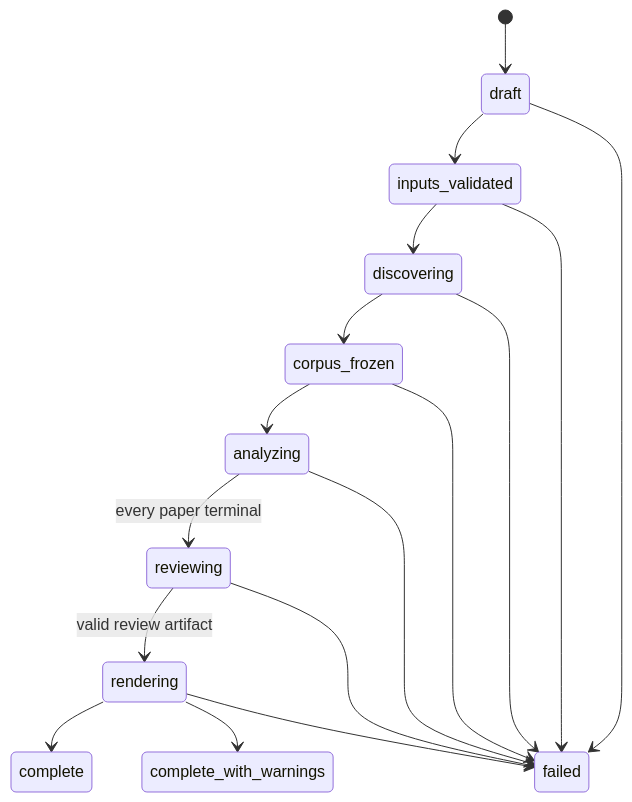
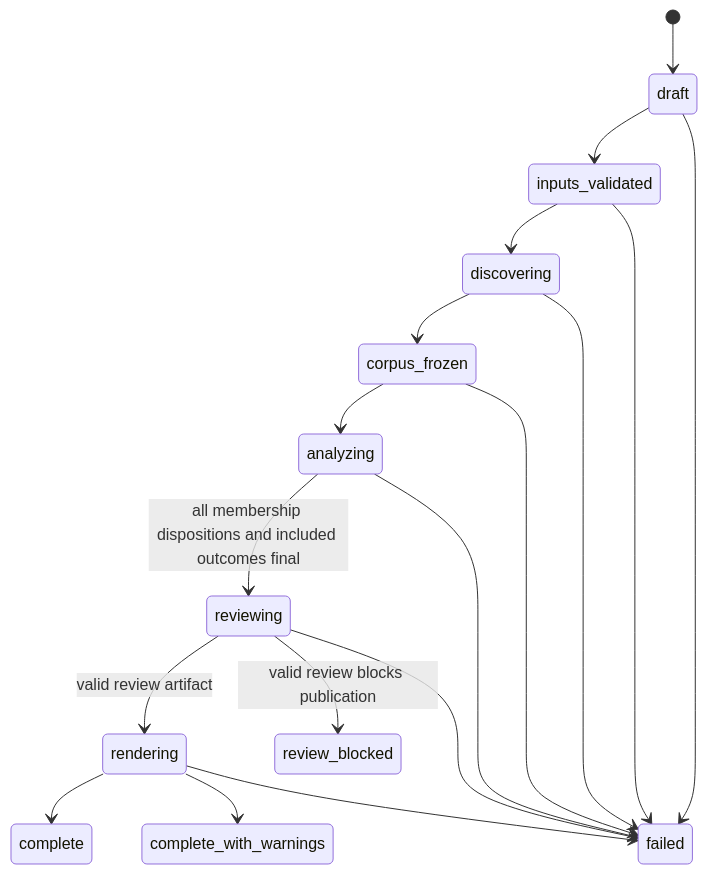
Before and after one commit to seiers24/arxiv-triage: the third of 9 diagrams in docs/specs/01-core-investigation-platform.md, drawn with Mermaid. The commit also changed other lines of this file and 32 other files, not shown here.

````diff
--- a/docs/specs/01-core-investigation-platform.md
+++ b/docs/specs/01-core-investigation-platform.md
@@ -157,19 +162,20 @@
 ```mermaid
 stateDiagram-v2
     [*] --> draft
     draft --> inputs_validated
     inputs_validated --> discovering
     discovering --> corpus_frozen
     corpus_frozen --> analyzing
-    analyzing --> reviewing: every paper terminal
+    analyzing --> reviewing: all membership dispositions and included outcomes final
     reviewing --> rendering: valid review artifact
+    reviewing --> review_blocked: valid review blocks publication
     rendering --> complete
     rendering --> complete_with_warnings
     draft --> failed
     inputs_validated --> failed
     discovering --> failed
     corpus_frozen --> failed
     analyzing --> failed
     reviewing --> failed
     rendering --> failed
 ```
````
